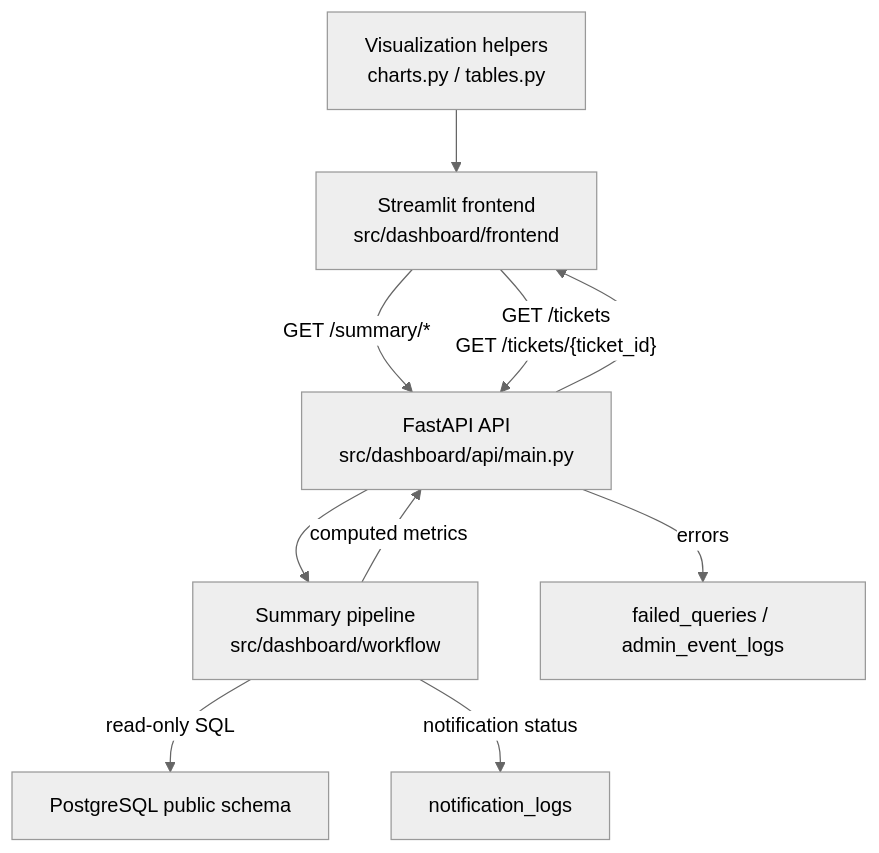
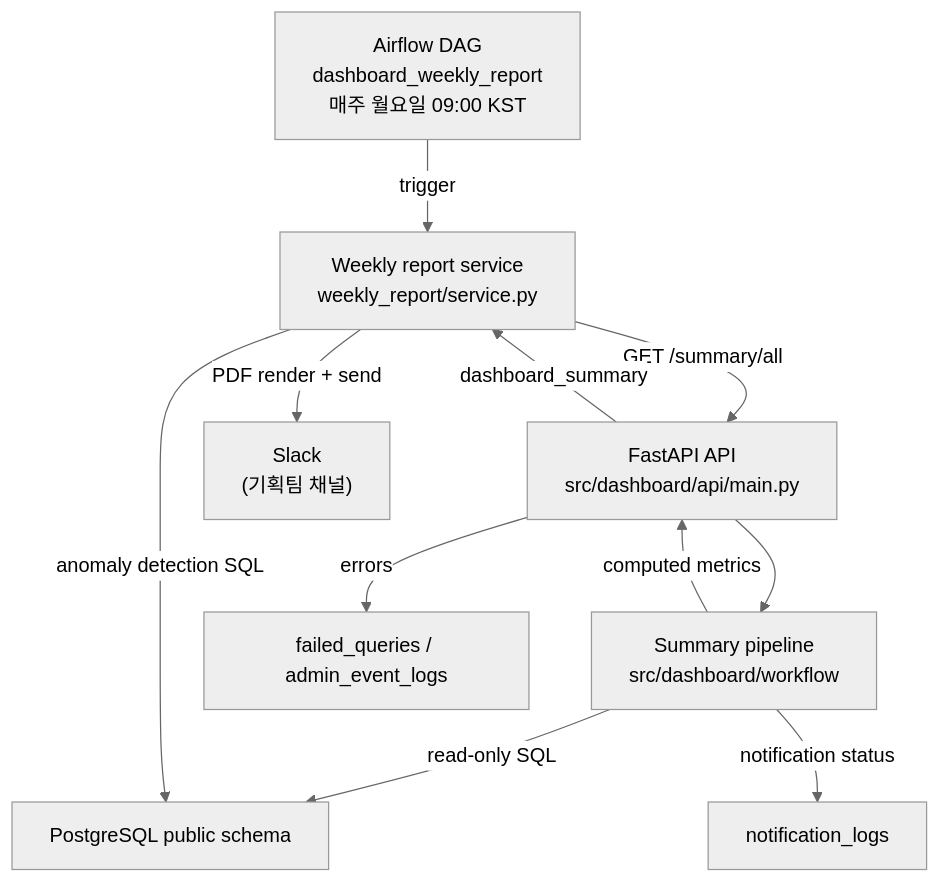
The first of 4 diagrams in docs/dashboard/architecture.md (SKNETWORKS-FAMILY-AICAMP/SKN25-FINAL-6Team), drawn with Mermaid (neutral theme) before and after one commit. The commit also changed other lines of this file and 12 other files, not shown here.

````diff
--- a/docs/dashboard/architecture.md
+++ b/docs/dashboard/architecture.md
@@ -54,20 +65,22 @@
 ```mermaid
 flowchart TB
-    UI["Streamlit frontend<br/>src/dashboard/frontend"]
+    AF["Airflow DAG<br/>dashboard_weekly_report<br/>매주 월요일 09:00 KST"]
     API["FastAPI API<br/>src/dashboard/api/main.py"]
     WF["Summary pipeline<br/>src/dashboard/workflow"]
-    VIS["Visualization helpers<br/>charts.py / tables.py"]
+    WR["Weekly report service<br/>weekly_report/service.py"]
     DB["PostgreSQL public schema"]
     LOG["failed_queries / admin_event_logs"]
     NOTI["notification_logs"]
+    SLACK["Slack<br/>(기획팀 채널)"]
 
-    UI -->|"GET /summary/*"| API
-    UI -->|"GET /tickets<br/>GET /tickets/{ticket_id}"| API
+    AF -->|"trigger"| WR
+    WR -->|"GET /summary/all"| API
     API --> WF
     WF -->|"read-only SQL"| DB
     WF -->|"computed metrics"| API
-    API --> UI
-    VIS --> UI
+    API -->|"dashboard_summary"| WR
+    WR -->|"anomaly detection SQL"| DB
+    WR -->|"PDF render + send"| SLACK
     API -->|"errors"| LOG
     WF -->|"notification status"| NOTI
 ```
````
